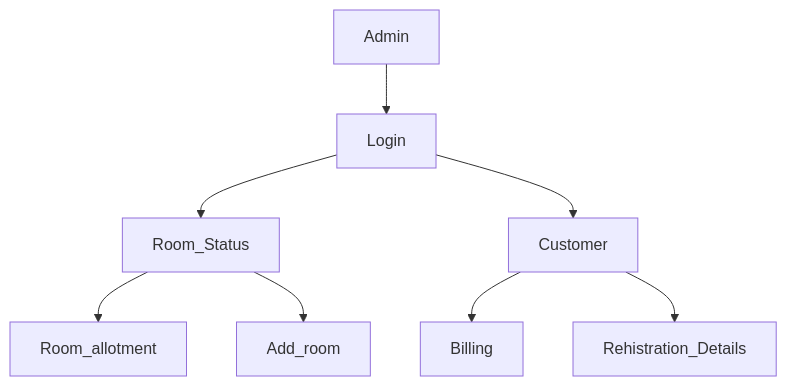
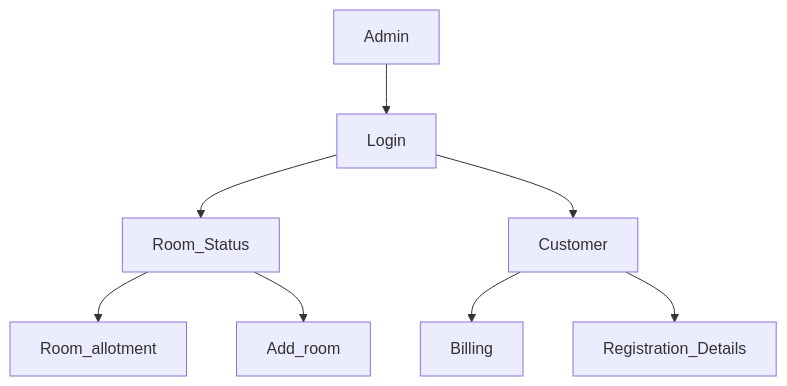
The diagram in README.md (romasahani/Hotel_management_system_c-), drawn with Mermaid before and after one commit. The commit also changed other lines of this file, not shown here.

````diff
--- a/README.md
+++ b/README.md
@@ -22,10 +22,10 @@
 ```mermaid
 graph TD;
     Admin-->Login;
     Login-->Room_Status;
     Login-->Customer;
     Room_Status-->Room_allotment;
     Room_Status-->Add_room;
     Customer-->Billing;
-    Customer-->Rehistration_Details;
+    Customer-->Registration_Details;
 ```
````
